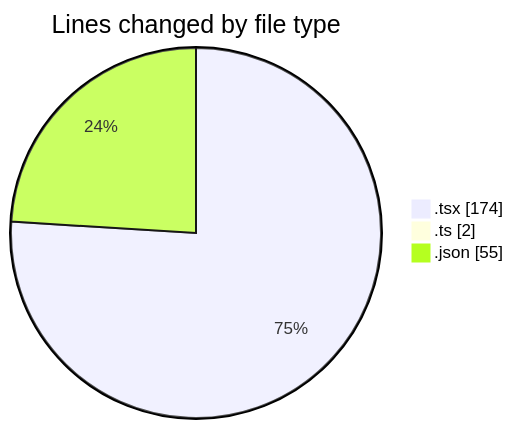
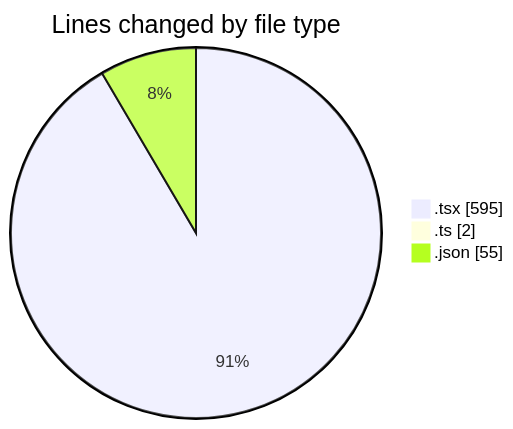
The first of 2 diagrams in 2025-10-21/eventscop-frontend-guide__workspace_/README.md (julien-gomy/code-tracking), drawn with Mermaid before and after one commit. The commit also changed other lines of this file and 1 other file, not shown here.

````diff
--- a/2025-10-21/eventscop-frontend-guide__workspace_/README.md
+++ b/2025-10-21/eventscop-frontend-guide__workspace_/README.md
@@ -27,7 +28,7 @@
 ```mermaid
 pie showData
 title Lines changed by file type
-".tsx" : 174
+".tsx" : 595
 ".ts" : 2
 ".json" : 55
 ```
````
